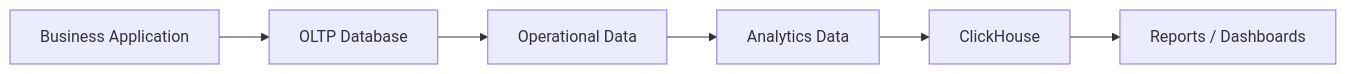
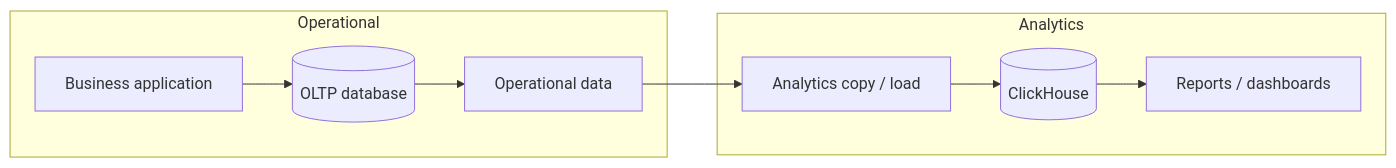
Before and after one commit to atingupta2005/clickhouse-grafana-analytics-reporting: the first of 10 diagrams in sessions/01-architecture-and-data-modeling/notes.md, drawn with Mermaid. The commit also changed other lines of this file and 9 other files, not shown here.

First line of the commit message:
Add Session 01 colorful SVG diagrams and richer Mermaid.

````diff
--- a/sessions/01-architecture-and-data-modeling/notes.md
+++ b/sessions/01-architecture-and-data-modeling/notes.md
@@ -80,9 +84,14 @@
 ```mermaid
 flowchart LR
-    A[Business Application] --> B[OLTP Database]
-    B --> C[Operational Data]
+    subgraph Operational
+        A[Business application] --> B[(OLTP database)]
+        B --> C[Operational data]
+    end
 
-    C --> D[Analytics Data]
-    D --> E[ClickHouse]
-    E --> F[Reports / Dashboards]
+    subgraph Analytics
+        D[Analytics copy / load] --> E[(ClickHouse)]
+        E --> F[Reports / dashboards]
+    end
+
+    C --> D
 ```
````
